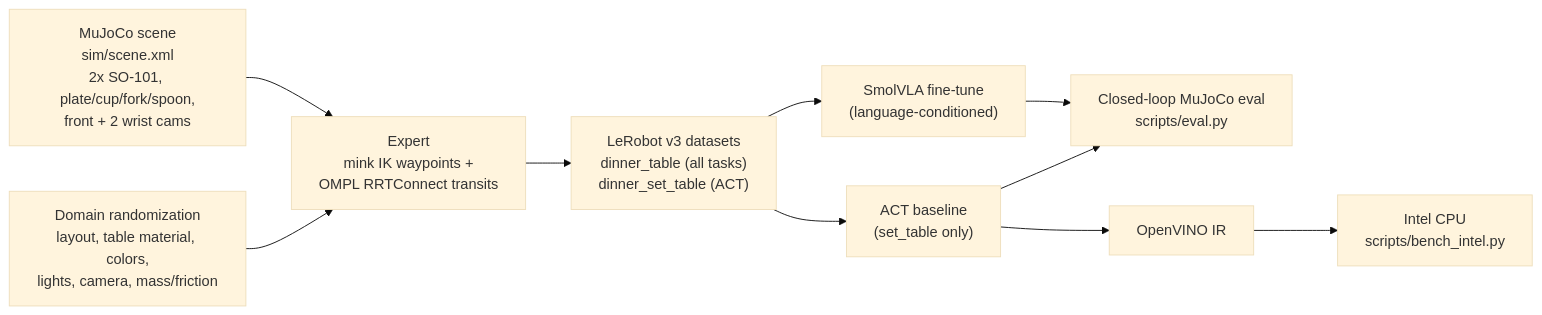
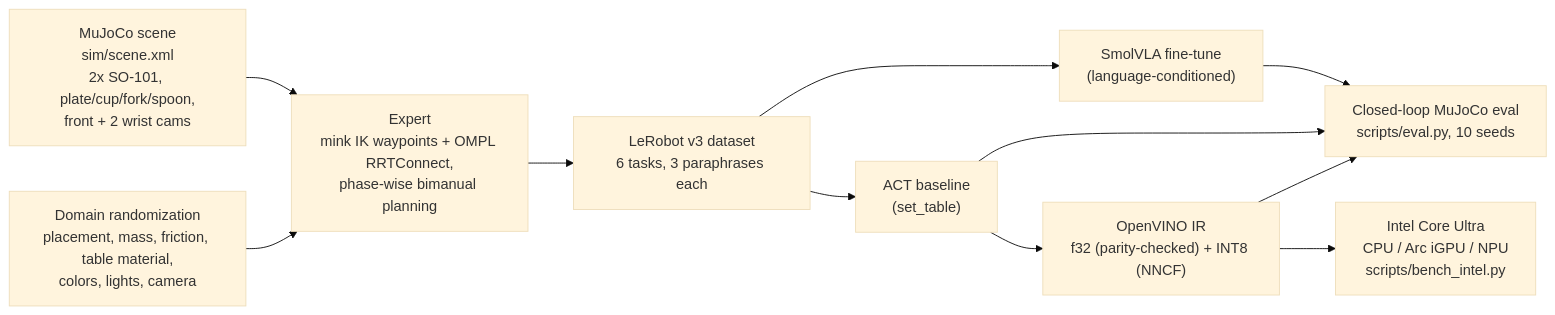
One commit to Abrar5510/busboy changed the diagram in README.md. Above: the diagram before and after it, drawn with Mermaid (base theme). The commit also changed other lines of this file and 7 other files, not shown here.

First line of the commit message:
INT8 export, throughput bench, outcome-bannered eval videos, 10-seed reels, README

````diff
--- a/README.md
+++ b/README.md
@@ -13,11 +18,12 @@
 ```mermaid
 flowchart LR
     S["MuJoCo scene<br/>sim/scene.xml<br/>2x SO-101, plate/cup/fork/spoon,<br/>front + 2 wrist cams"] --> E
-    DR["Domain randomization<br/>layout, table material, colors,<br/>lights, camera, mass/friction"] --> E
-    E["Expert<br/>mink IK waypoints +<br/>OMPL RRTConnect transits"] --> D["LeRobot v3 datasets<br/>dinner_table (all tasks)<br/>dinner_set_table (ACT)"]
+    DR["Domain randomization<br/>placement, mass, friction, table material,<br/>colors, lights, camera"] --> E
+    E["Expert<br/>mink IK waypoints + OMPL RRTConnect,<br/>phase-wise bimanual planning"] --> D["LeRobot v3 dataset<br/>6 tasks, 3 paraphrases each"]
     D --> V["SmolVLA fine-tune<br/>(language-conditioned)"]
-    D --> A["ACT baseline<br/>(set_table only)"]
-    V --> L["Closed-loop MuJoCo eval<br/>scripts/eval.py"]
+    D --> A["ACT baseline<br/>(set_table)"]
+    V --> L["Closed-loop MuJoCo eval<br/>scripts/eval.py, 10 seeds"]
     A --> L
-    A --> O["OpenVINO IR"] --> I["Intel CPU<br/>scripts/bench_intel.py"]
+    A --> O["OpenVINO IR<br/>f32 (parity-checked) + INT8 (NNCF)"] --> I["Intel Core Ultra<br/>CPU / Arc iGPU / NPU<br/>scripts/bench_intel.py"]
+    O --> L
 ```
````
